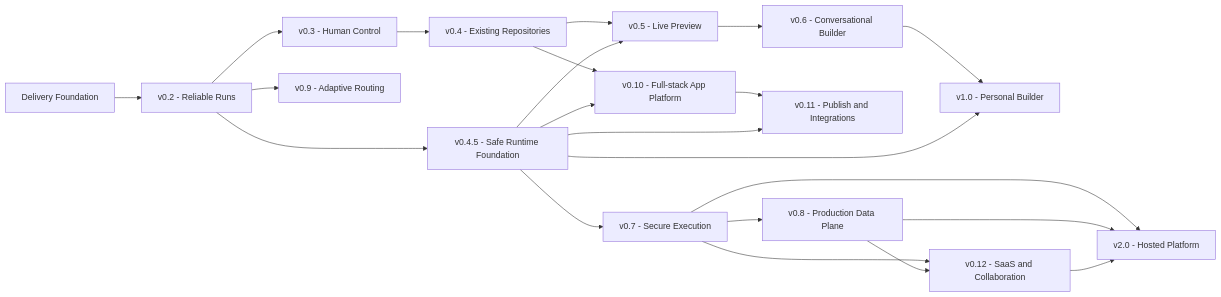
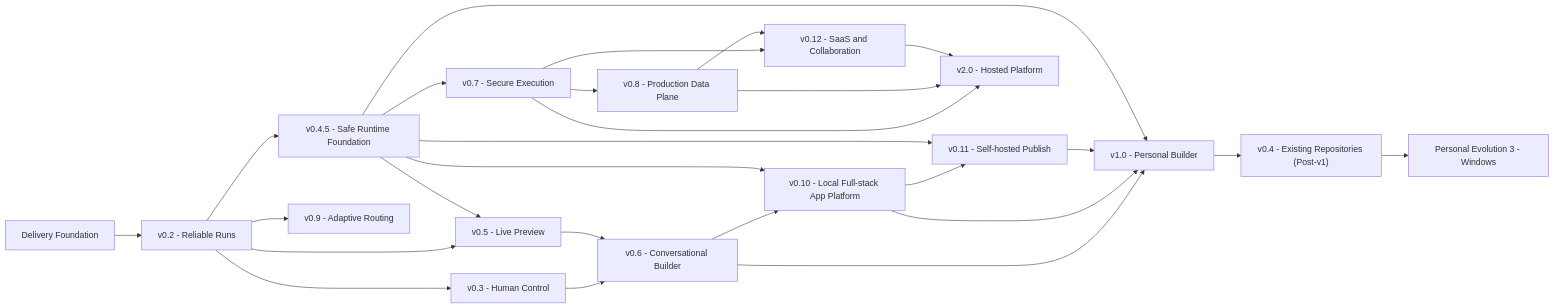
One commit to eedsilva/agent-foundry changed the diagram in planning/ROADMAP.md. Above: the diagram before and after it, drawn with Mermaid. The commit also changed other lines of this file and 20 other files, not shown here.

Commit message:
Align personal v1 roadmap and documentation

````diff
--- a/planning/ROADMAP.md
+++ b/planning/ROADMAP.md
@@ -23,39 +23,44 @@
 ```mermaid
 flowchart LR
   m_foundation["Delivery Foundation"]
   m_v0_2["v0.2 - Reliable Runs"]
   m_foundation --> m_v0_2
   m_v0_3["v0.3 - Human Control"]
   m_v0_2 --> m_v0_3
-  m_v0_4["v0.4 - Existing Repositories"]
-  m_v0_3 --> m_v0_4
+  m_v0_4["v0.4 - Existing Repositories (Post-v1)"]
+  m_v1_0 --> m_v0_4
+  m_personal_v3["Personal Evolution 3 - Windows"]
+  m_v0_4 --> m_personal_v3
   m_v0_4_5["v0.4.5 - Safe Runtime Foundation"]
   m_v0_2 --> m_v0_4_5
   m_v0_5["v0.5 - Live Preview"]
-  m_v0_4 --> m_v0_5
+  m_v0_2 --> m_v0_5
   m_v0_4_5 --> m_v0_5
   m_v0_6["v0.6 - Conversational Builder"]
+  m_v0_3 --> m_v0_6
   m_v0_5 --> m_v0_6
-  m_v0_10["v0.10 - Full-stack App Platform"]
-  m_v0_4 --> m_v0_10
+  m_v0_10["v0.10 - Local Full-stack App Platform"]
+  m_v0_6 --> m_v0_10
   m_v0_4_5 --> m_v0_10
-  m_v0_11["v0.11 - Publish and Integrations"]
+  m_v0_11["v0.11 - Self-hosted Publish"]
   m_v0_10 --> m_v0_11
   m_v0_4_5 --> m_v0_11
   m_v1_0["v1.0 - Personal Builder"]
   m_v0_6 --> m_v1_0
+  m_v0_10 --> m_v1_0
+  m_v0_11 --> m_v1_0
   m_v0_4_5 --> m_v1_0
   m_v0_7["v0.7 - Secure Execution"]
   m_v0_4_5 --> m_v0_7
   m_v0_8["v0.8 - Production Data Plane"]
   m_v0_7 --> m_v0_8
   m_v0_12["v0.12 - SaaS and Collaboration"]
   m_v0_7 --> m_v0_12
   m_v0_8 --> m_v0_12
   m_v2_0["v2.0 - Hosted Platform"]
   m_v0_7 --> m_v2_0
   m_v0_8 --> m_v2_0
   m_v0_12 --> m_v2_0
   m_v0_9["v0.9 - Adaptive Routing"]
   m_v0_2 --> m_v0_9
 ```
````
